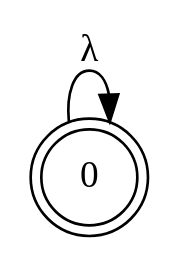
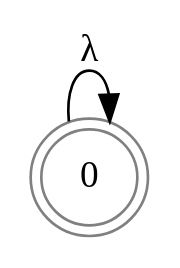
Before and after one commit to NRU-MPEI-IMAI/regular-languages-and-finite-machines-G0-G4: the diagram in images/g3.dot, drawn with Graphviz. The commit also changed 5 other files, not shown here.

```diff
--- a/images/g3.dot
+++ b/images/g3.dot
@@ -1,5 +1,5 @@
 digraph G{
   rankdir=LR;
-  node [shape = doublecircle];0;
+  node [shape = doublecircle, color = "#808080"];0;
   0 -> 0 [label = "λ"];
 }
```
